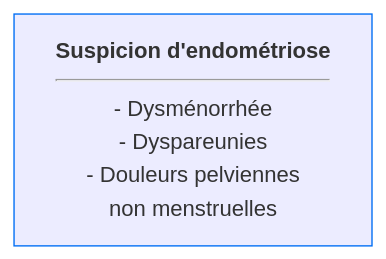
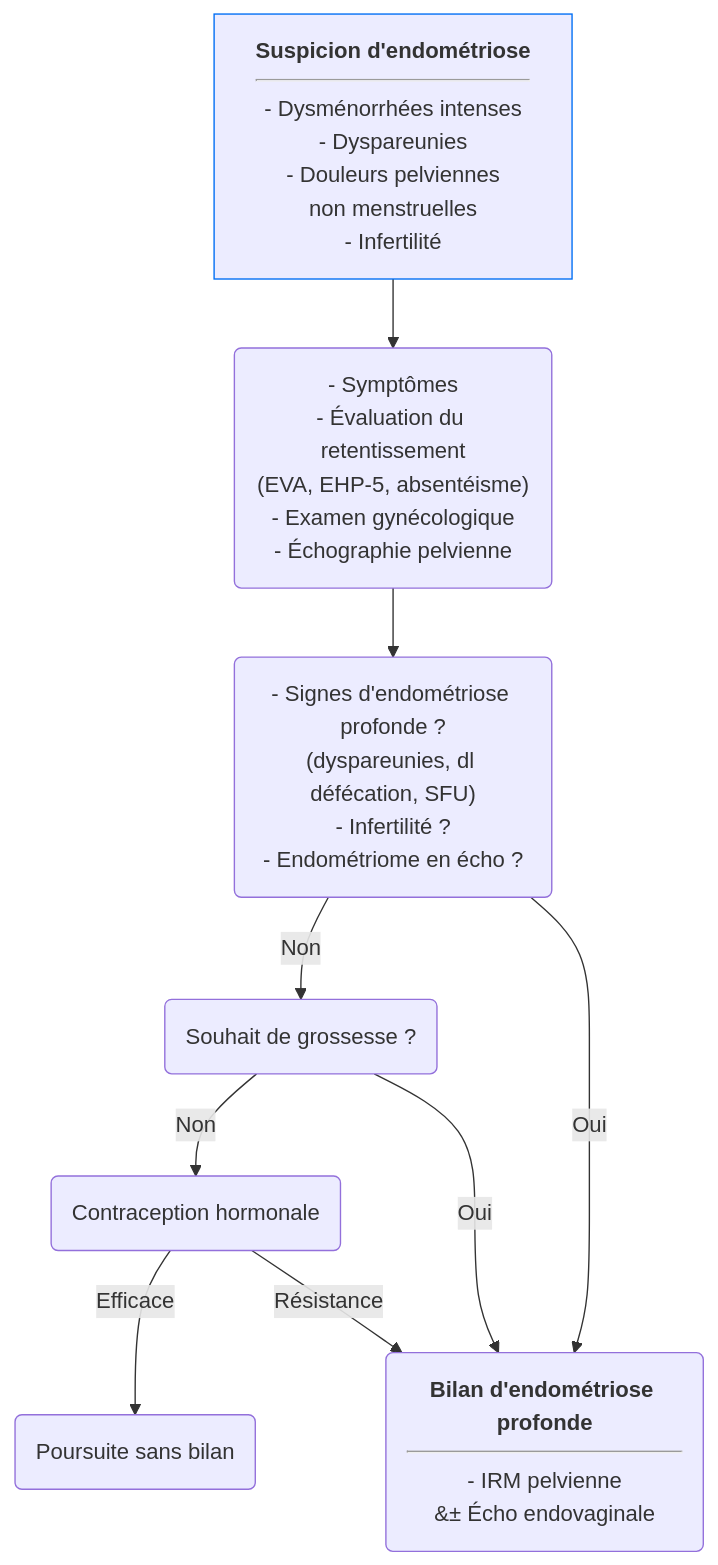
One commit to djibe/recommandations-medicales changed the diagram in content/recommandations/endometriose.md. Above: the diagram before and after it, drawn with Mermaid. The commit also changed other lines of this file and 5 other files, not shown here.

```diff
--- a/content/recommandations/endometriose.md
+++ b/content/recommandations/endometriose.md
@@ -38,5 +154,12 @@
 {{< mermaid title="Conduite à tenir devant une suspicion d'endométriose. Dr JB FRON d'après HAS 2017" >}}
 graph TB
-  endometriose["<b>Suspicion d'endométriose</b><hr>- Dysménorrhée<br>- Dyspareunies<br>- Douleurs pelviennes<br>non menstruelles"]
+  endometriose["<b>Suspicion d'endométriose</b><hr>- Dysménorrhées intenses<br>- Dyspareunies<br>- Douleurs pelviennes<br>non menstruelles<br>- Infertilité"] --> clinique("- Symptômes<br>- Évaluation du retentissement<br>(EVA, EHP-5, absentéisme)<br>- Examen gynécologique<br>- Échographie pelvienne")
   style endometriose stroke:#006ef4, stroke-width:1px
+    clinique --> indicationsBilan("- Signes d'endométriose profonde ?<br>(dyspareunies, dl défécation, SFU)<br>- Infertilité ?<br>- Endométriome en écho ?")
+      indicationsBilan -- Non --> souhaitGrossesse(Souhait de grossesse&nbsp;?)
+        souhaitGrossesse -- Non --> contraception(Contraception hormonale)
+          contraception -- Efficace --> poursuite(Poursuite sans bilan)
+          contraception -- Résistance --> bilan
+        souhaitGrossesse -- Oui --> bilan
+      indicationsBilan -- Oui --> bilan("<b>Bilan d'endométriose profonde</b><hr>- IRM pelvienne<br>&#177; Écho endovaginale")
 {{< /mermaid >}}
```
